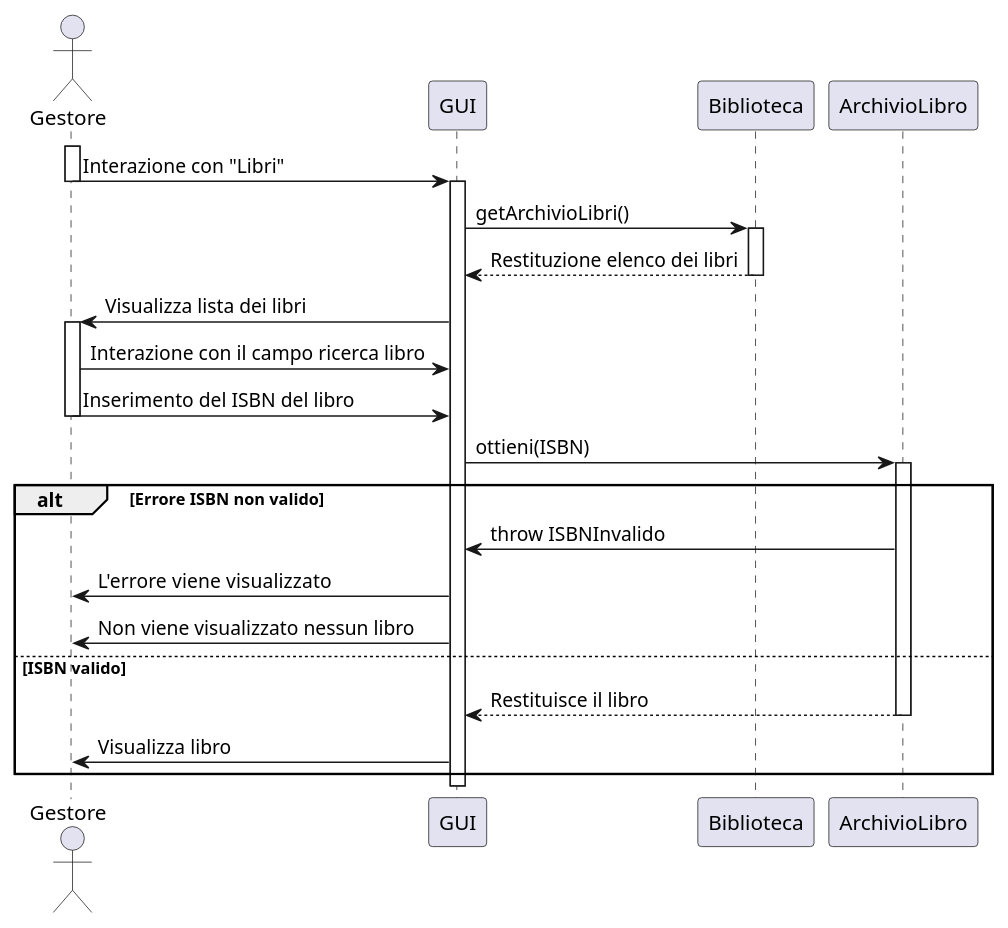
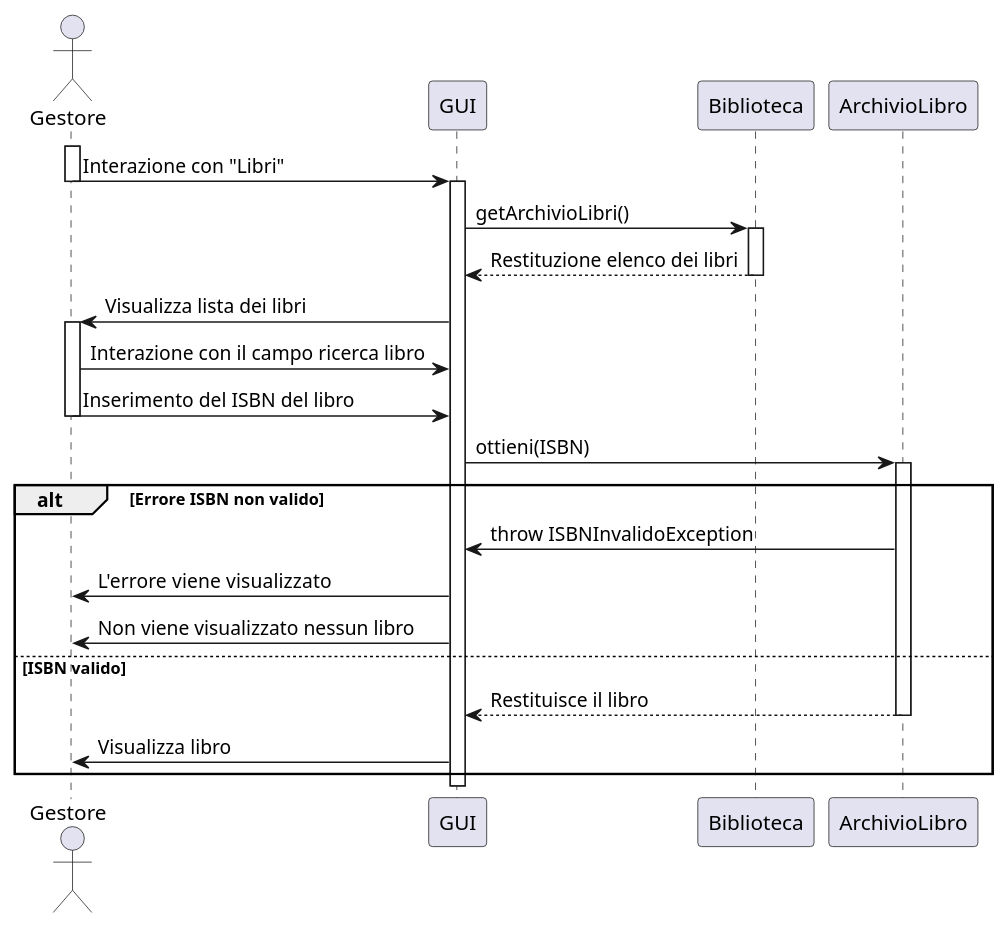
One commit to Meziu/easylibrary changed the diagram in docs/uml/DiagrammiSequenza/UMLRicercaLibro.puml. Above: the diagram before and after it, drawn with PlantUML. The commit also changed 5 other files, not shown here.

```diff
--- a/docs/uml/DiagrammiSequenza/UMLRicercaLibro.puml
+++ b/docs/uml/DiagrammiSequenza/UMLRicercaLibro.puml
@@ -1,37 +1,37 @@
 @startuml
 actor Gestore as G
 participant "GUI" as UI
 participant "Biblioteca" as B
 participant  "ArchivioLibro" as AL
 
 
 '  ---- Flusso principale -----
 activate G
 G -> UI : Interazione con "Libri"
 deactivate G
 activate UI
 
 UI -> B : getArchivioLibri()
 activate B
 B --> UI : Restituzione elenco dei libri
 deactivate B
 UI -> G : Visualizza lista dei libri
 activate G
 '-- Ricerca del libro --
 G -> UI : Interazione con il campo ricerca libro
 G -> UI : Inserimento del ISBN del libro
 deactivate G
 UI -> AL : ottieni(ISBN)
 activate AL
 '-- Errore ISBN --
 alt Errore ISBN non valido
-    AL -> UI : throw ISBNInvalido
+    AL -> UI : throw ISBNInvalidoException
     UI -> G : L'errore viene visualizzato
     UI -> G : Non viene visualizzato nessun libro
 else ISBN valido
     AL --> UI : Restituisce il libro
     deactivate AL
     UI -> G : Visualizza libro
 end
 
 @enduml
```
